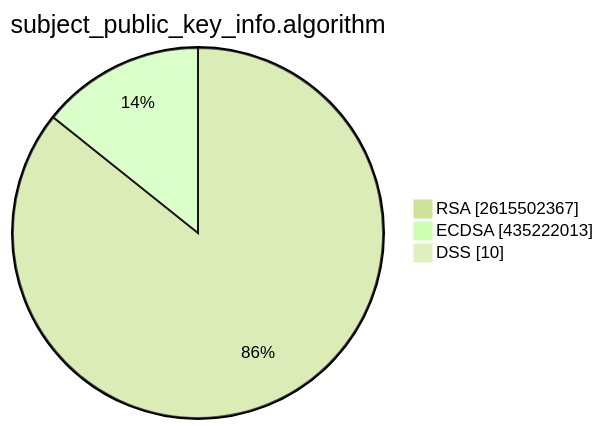
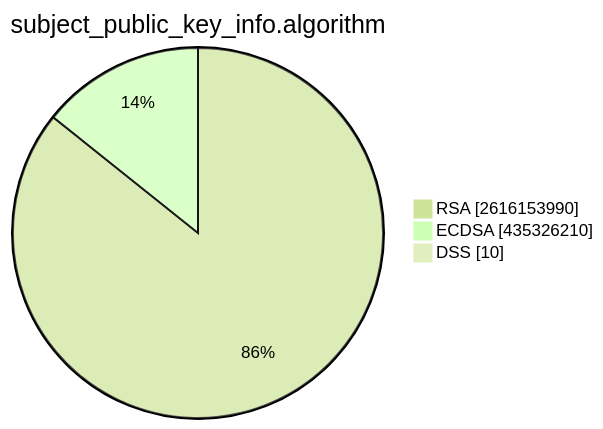
The second of 15 diagrams in TOTAL/README.md (christiankrug/ctmonitor_visualization), drawn with Mermaid (forest theme) before and after one commit. The commit also changed other lines of this file, not shown here.

````diff
--- a/TOTAL/README.md
+++ b/TOTAL/README.md
@@ -6,7 +6,7 @@
 ```mermaid
 pie showData
 title subject_public_key_info.algorithm
-"RSA" :2615502367
-"ECDSA" :435222013
+"RSA" :2616153990
+"ECDSA" :435326210
 "DSS" :10
 ```
````
